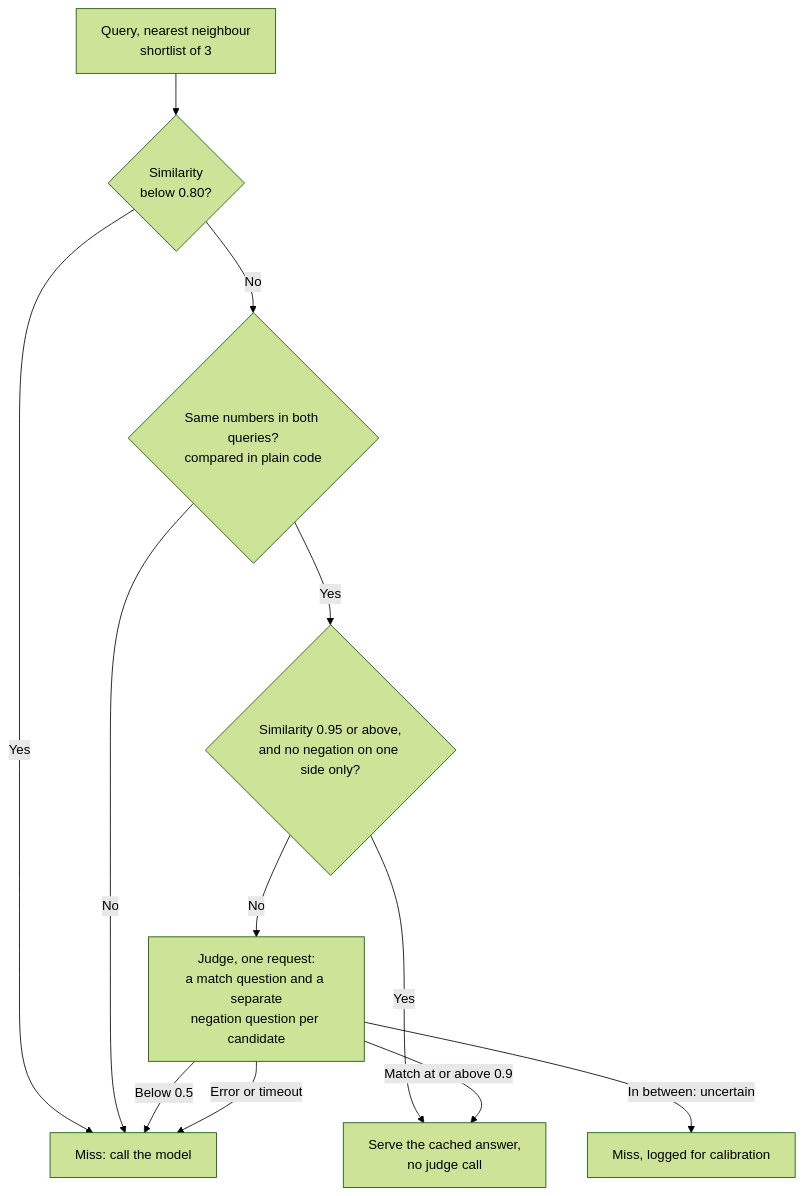
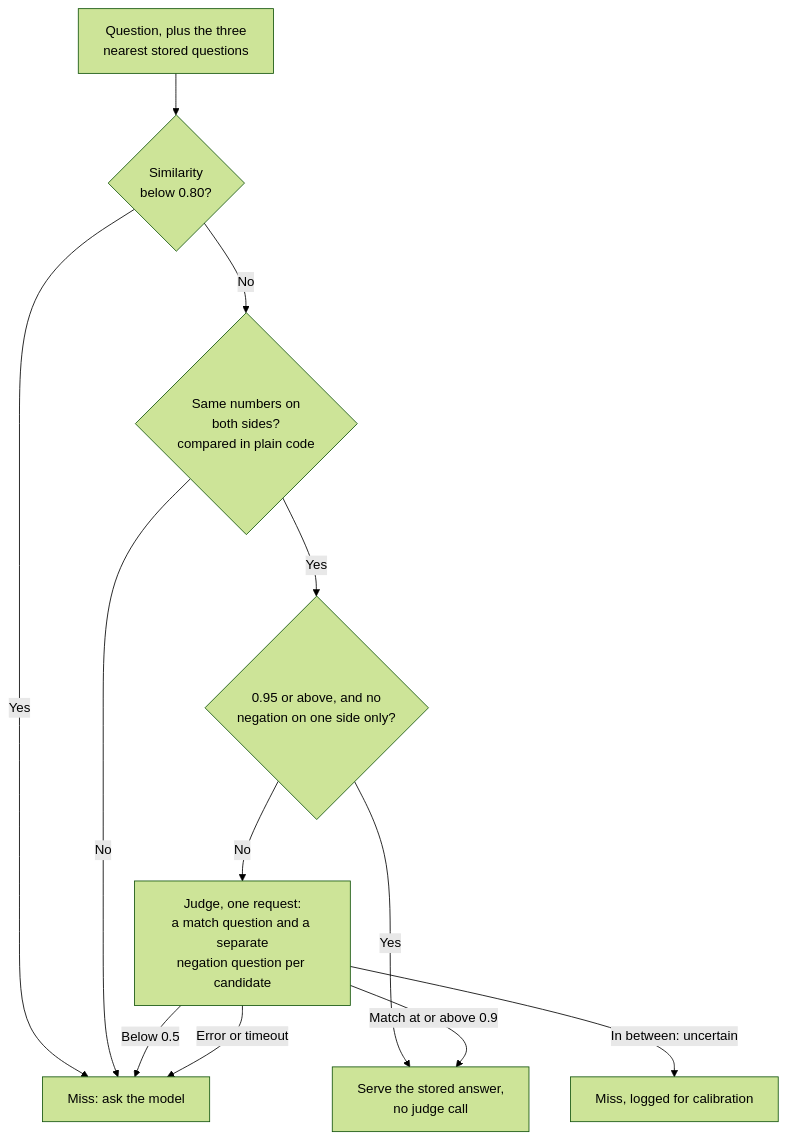
The second of 2 diagrams in content/blog/semantic-cache-missing-equality-check.md (shivendrasoni/portfolio), drawn with Mermaid (forest theme) before and after one commit. The commit also changed other lines of this file and 9 other files, not shown here.

````diff
--- a/content/blog/semantic-cache-missing-equality-check.md
+++ b/content/blog/semantic-cache-missing-equality-check.md
@@ -76,14 +67,14 @@
-```mermaid The lookup path once a judge is set, with the two decisions taken without a model at all. The judge sees at most the top three candidates and costs one request for all of them, and every error edge leads to a miss, so an outage costs hit rate and never correctness.
+```mermaid The lookup path once a judge is set. Two of the four decisions are taken in plain code with no model involved, the judge sees at most three candidates and costs one request for all of them, and every error edge leads to a miss, so an outage costs hit rate and never correctness.
 flowchart TD
-  Q["Query, nearest neighbour<br/>shortlist of 3"] --> F{"Similarity<br/>below 0.80?"}
-  F -->|"Yes"| MISS["Miss: call the model"]
-  F -->|"No"| N{"Same numbers in both queries?<br/>compared in plain code"}
+  Q["Question, plus the three<br/>nearest stored questions"] --> F{"Similarity<br/>below 0.80?"}
+  F -->|"Yes"| MISS["Miss: ask the model"]
+  F -->|"No"| N{"Same numbers on<br/>both sides?<br/>compared in plain code"}
   N -->|"No"| MISS
-  N -->|"Yes"| C{"Similarity 0.95 or above,<br/>and no negation on one side only?"}
-  C -->|"Yes"| HIT["Serve the cached answer,<br/>no judge call"]
+  N -->|"Yes"| C{"0.95 or above, and no<br/>negation on one side only?"}
+  C -->|"Yes"| HIT["Serve the stored answer,<br/>no judge call"]
   C -->|"No"| J["Judge, one request:<br/>a match question and a separate<br/>negation question per candidate"]
   J -->|"Match at or above 0.9"| HIT
   J -->|"Below 0.5"| MISS
   J -->|"In between: uncertain"| LOG["Miss, logged for calibration"]
   J -->|"Error or timeout"| MISS
 ```
````
